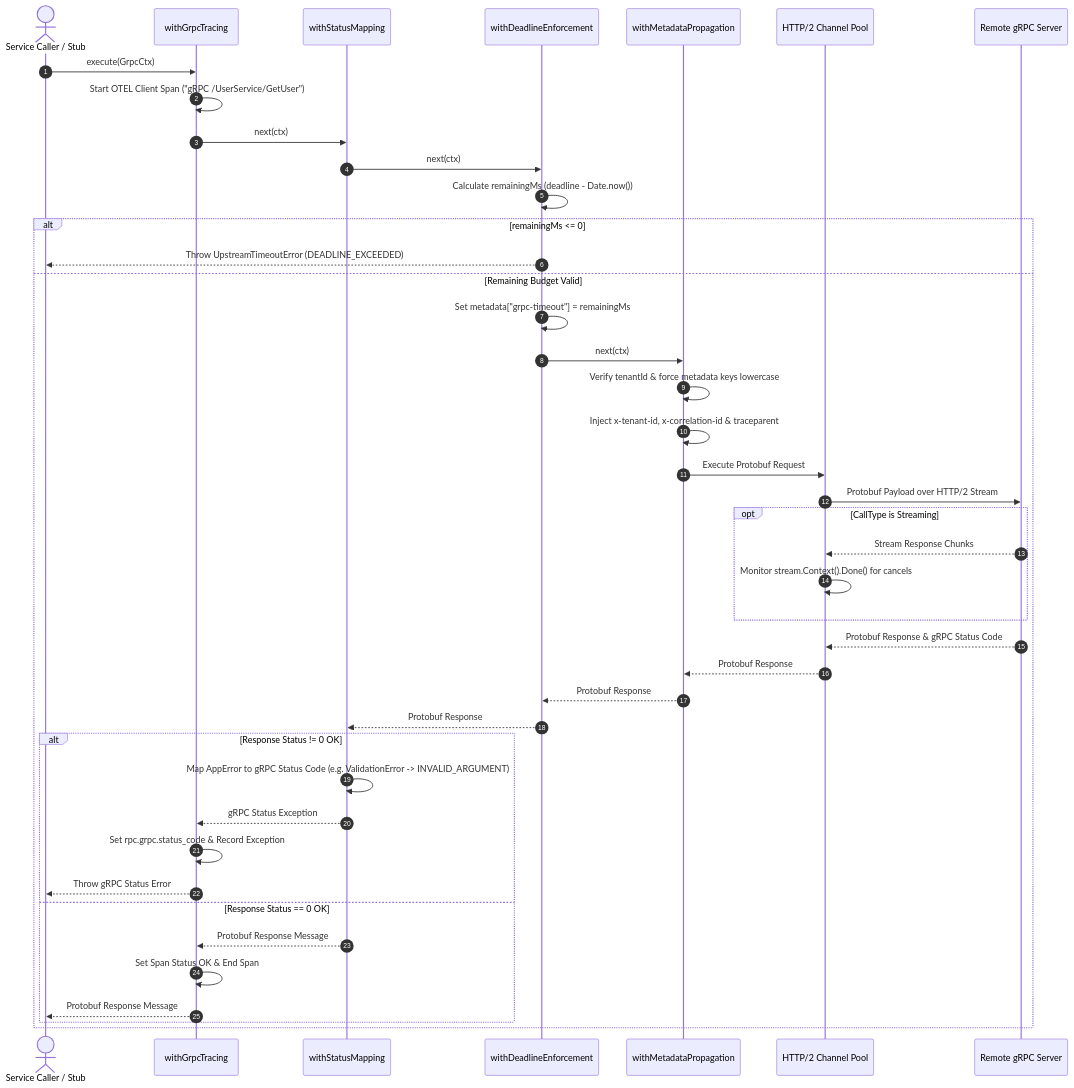
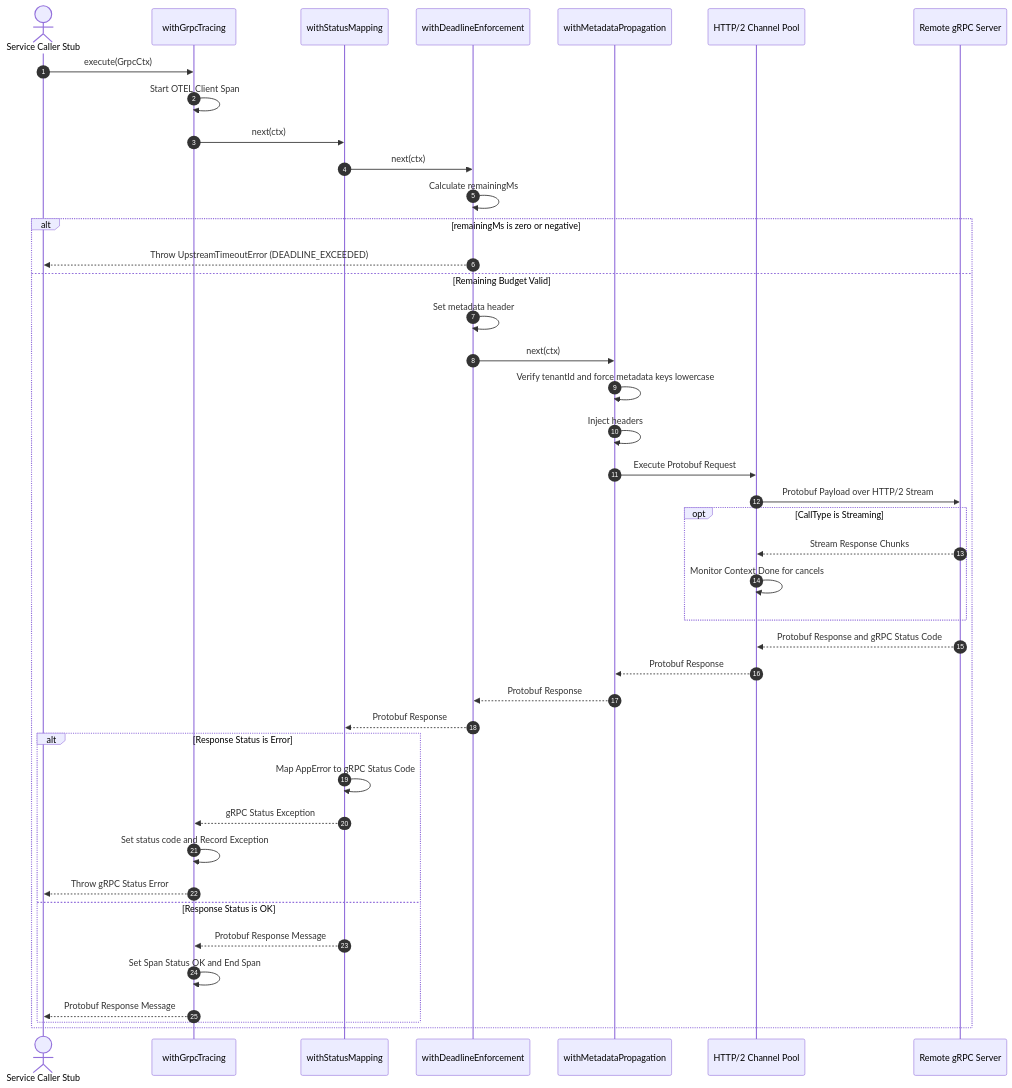
Before and after one commit to Chief-Strategist-J/llm-observability-platform: the third of 3 diagrams in policies/rules/codeQuality/middleware/grpc-middleware.md, drawn with Mermaid. The commit also changed other lines of this file and 5 other files, not shown here.

Commit message:
fix(docs): resolve Mermaid rendering syntax errors in all 6 middleware reference sequence diagrams

````diff
--- a/policies/rules/codeQuality/middleware/grpc-middleware.md
+++ b/policies/rules/codeQuality/middleware/grpc-middleware.md
@@ -107,45 +107,45 @@
 ```mermaid
 sequenceDiagram
     autonumber
-    actor Caller as Service Caller / Stub
+    actor Caller as Service Caller Stub
     participant Tracing as withGrpcTracing
     participant Status as withStatusMapping
     participant Deadline as withDeadlineEnforcement
     participant Meta as withMetadataPropagation
     participant Channel as HTTP/2 Channel Pool
     participant Remote as Remote gRPC Server
 
     Caller->>Tracing: execute(GrpcCtx)
-    Tracing->>Tracing: Start OTEL Client Span ("gRPC /UserService/GetUser")
+    Tracing->>Tracing: Start OTEL Client Span
     Tracing->>Status: next(ctx)
     Status->>Deadline: next(ctx)
-    Deadline->>Deadline: Calculate remainingMs (deadline - Date.now())
-    alt remainingMs <= 0
+    Deadline->>Deadline: Calculate remainingMs
+    alt remainingMs is zero or negative
         Deadline-->>Caller: Throw UpstreamTimeoutError (DEADLINE_EXCEEDED)
     else Remaining Budget Valid
-        Deadline->>Deadline: Set metadata["grpc-timeout"] = remainingMs
+        Deadline->>Deadline: Set metadata header
         Deadline->>Meta: next(ctx)
-        Meta->>Meta: Verify tenantId & force metadata keys lowercase
-        Meta->>Meta: Inject x-tenant-id, x-correlation-id & traceparent
+        Meta->>Meta: Verify tenantId and force metadata keys lowercase
+        Meta->>Meta: Inject headers
         Meta->>Channel: Execute Protobuf Request
         Channel->>Remote: Protobuf Payload over HTTP/2 Stream
         opt CallType is Streaming
             Remote-->>Channel: Stream Response Chunks
-            Channel->>Channel: Monitor stream.Context().Done() for cancels
+            Channel->>Channel: Monitor Context Done for cancels
         end
-        Remote-->>Channel: Protobuf Response & gRPC Status Code
+        Remote-->>Channel: Protobuf Response and gRPC Status Code
         Channel-->>Meta: Protobuf Response
         Meta-->>Deadline: Protobuf Response
         Deadline-->>Status: Protobuf Response
-        alt Response Status != 0 OK
-            Status->>Status: Map AppError to gRPC Status Code (e.g. ValidationError -> INVALID_ARGUMENT)
+        alt Response Status is Error
+            Status->>Status: Map AppError to gRPC Status Code
             Status-->>Tracing: gRPC Status Exception
-            Tracing->>Tracing: Set rpc.grpc.status_code & Record Exception
+            Tracing->>Tracing: Set status code and Record Exception
             Tracing-->>Caller: Throw gRPC Status Error
-        else Response Status == 0 OK
+        else Response Status is OK
             Status-->>Tracing: Protobuf Response Message
-            Tracing->>Tracing: Set Span Status OK & End Span
+            Tracing->>Tracing: Set Span Status OK and End Span
             Tracing-->>Caller: Protobuf Response Message
         end
     end
 ```
````
